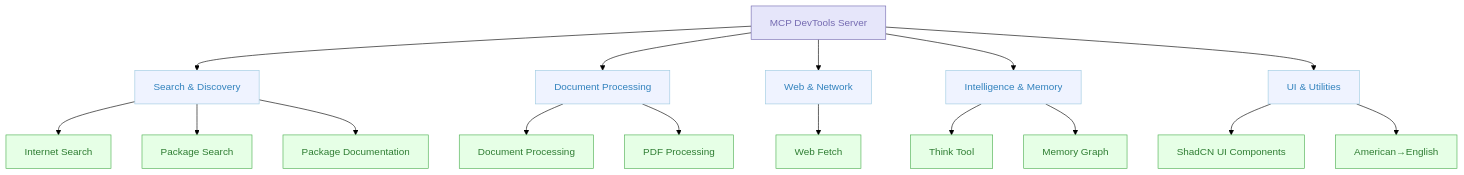
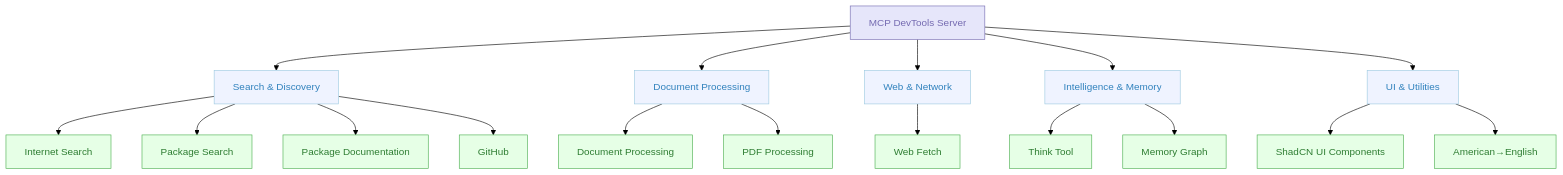
The diagram in README.md (sammcj/mcp-devtools), drawn with Mermaid (forest theme) before and after one commit. The commit also changed other lines of this file and 19 other files, not shown here.

````diff
--- a/README.md
+++ b/README.md
@@ -5,31 +5,32 @@
 ```mermaid
 graph TD
     A[MCP DevTools Server] --> B[Search & Discovery]
     A --> C[Document Processing]
     A --> D[Web & Network]
     A --> E[Intelligence & Memory]
     A --> F[UI & Utilities]
 
     B --> B1[Internet Search]
     B --> B2[Package Search]
     B --> B3[Package Documentation]
+    B --> B4[GitHub]
 
     C --> C1[Document Processing]
     C --> C2[PDF Processing]
 
     D --> D1[Web Fetch]
 
     E --> E1[Think Tool]
     E --> E2[Memory Graph]
 
     F --> F1[ShadCN UI Components]
     F --> F2[American→English]
 
     classDef server fill:#E6E6FA,stroke:#756BB1,color:#756BB1
     classDef category fill:#EFF3FF,stroke:#9ECAE1,color:#3182BD
     classDef tool fill:#E6FFE6,stroke:#4CAF50,color:#2E7D32
 
     class A server
     class B,C,D,E,F category
-    class B1,B2,B3,C1,C2,D1,E1,E2,F1,F2 tool
+    class B1,B2,B3,B4,C1,C2,D1,E1,E2,F1,F2 tool
 ```
````
